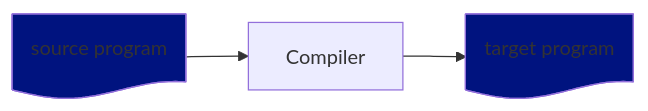
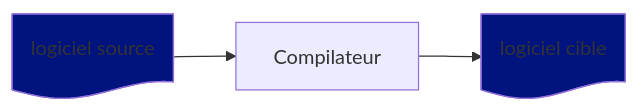
Before and after one commit to Pvlerick/DevDay2025: the seventh of 11 diagrams in slides.md, drawn with Mermaid. The commit also changed other lines of this file and 6 other files, not shown here.

````diff
--- a/slides.md
+++ b/slides.md
@@ -188,9 +201,9 @@
 ```mermaid
 flowchart LR
-    source@{ shape: doc, label: "source program"}
-    compiler["Compiler"]
-    target@{ shape: doc, label: "target program"}
+    source@{ shape: doc, label: "logiciel source"}
+    compiler["Compilateur"]
+    target@{ shape: doc, label: "logiciel cible"}
     source --> compiler --> target
     style source fill:#00137F
     style target fill:#00137F
 ```
````
